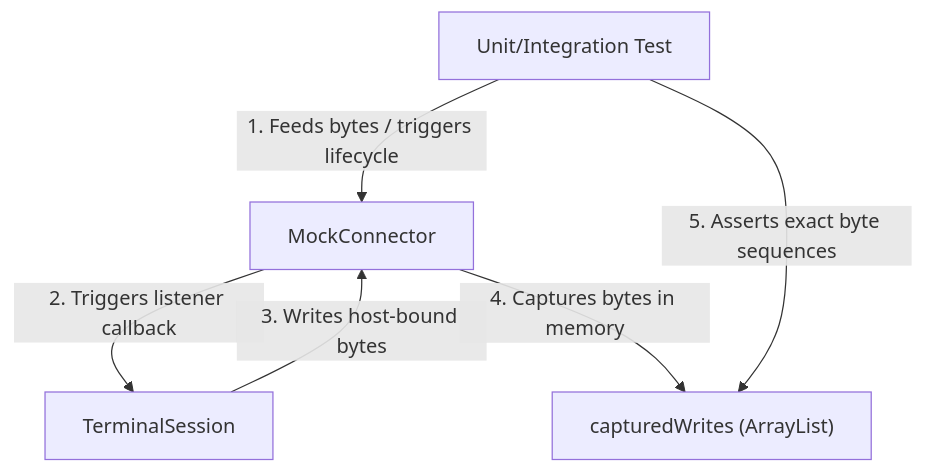
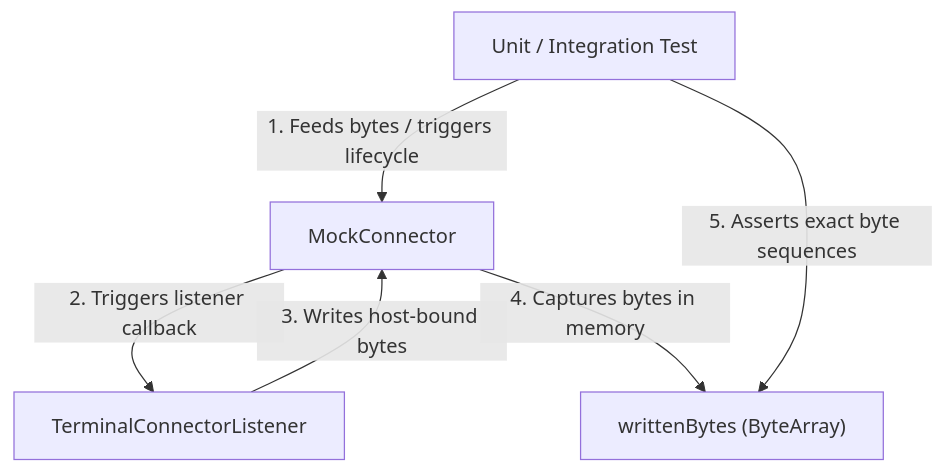
Before and after one commit to ketraterm/KetraTerm: the diagram in jvterm-testkit/README.md, drawn with Mermaid. The commit also changed other lines of this file and 34 other files, not shown here.

First line of the commit message:
chore: add ARCHITECTURE.md and README.md for detailed documentation and update terminology consistency

````diff
--- a/jvterm-testkit/README.md
+++ b/jvterm-testkit/README.md
@@ -31,8 +18,8 @@
 ```mermaid
 graph TD
-    Test["Unit/Integration Test"] -- "1. Feeds bytes / triggers lifecycle" --> MockConnector["MockConnector"]
-    MockConnector -- "2. Triggers listener callback" --> TerminalSession["TerminalSession"]
-    TerminalSession -- "3. Writes host-bound bytes" --> MockConnector
-    MockConnector -- "4. Captures bytes in memory" --> OutboundBytes["capturedWrites (ArrayList)"]
+    Test["Unit / Integration Test"] -- "1. Feeds bytes / triggers lifecycle" --> MockConnector["MockConnector"]
+    MockConnector -- "2. Triggers listener callback" --> Listener["TerminalConnectorListener"]
+    Listener -- "3. Writes host-bound bytes" --> MockConnector
+    MockConnector -- "4. Captures bytes in memory" --> OutboundBytes["writtenBytes (ByteArray)"]
     Test -- "5. Asserts exact byte sequences" --> OutboundBytes
 ```
````
